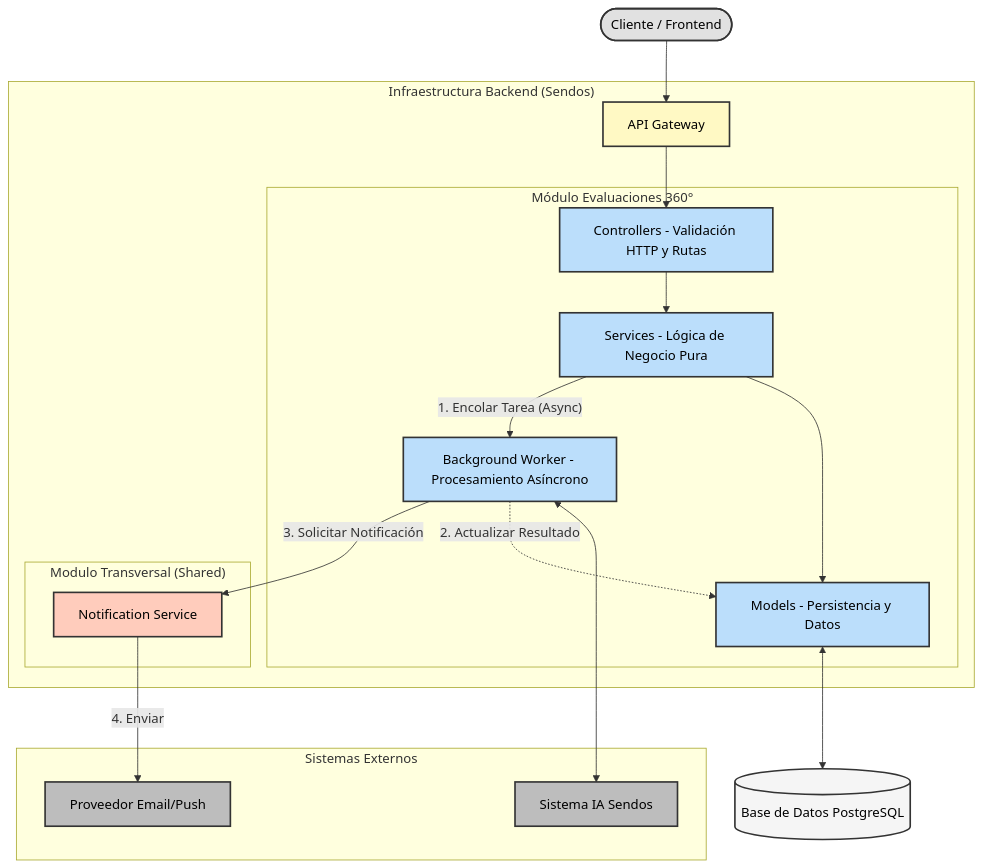
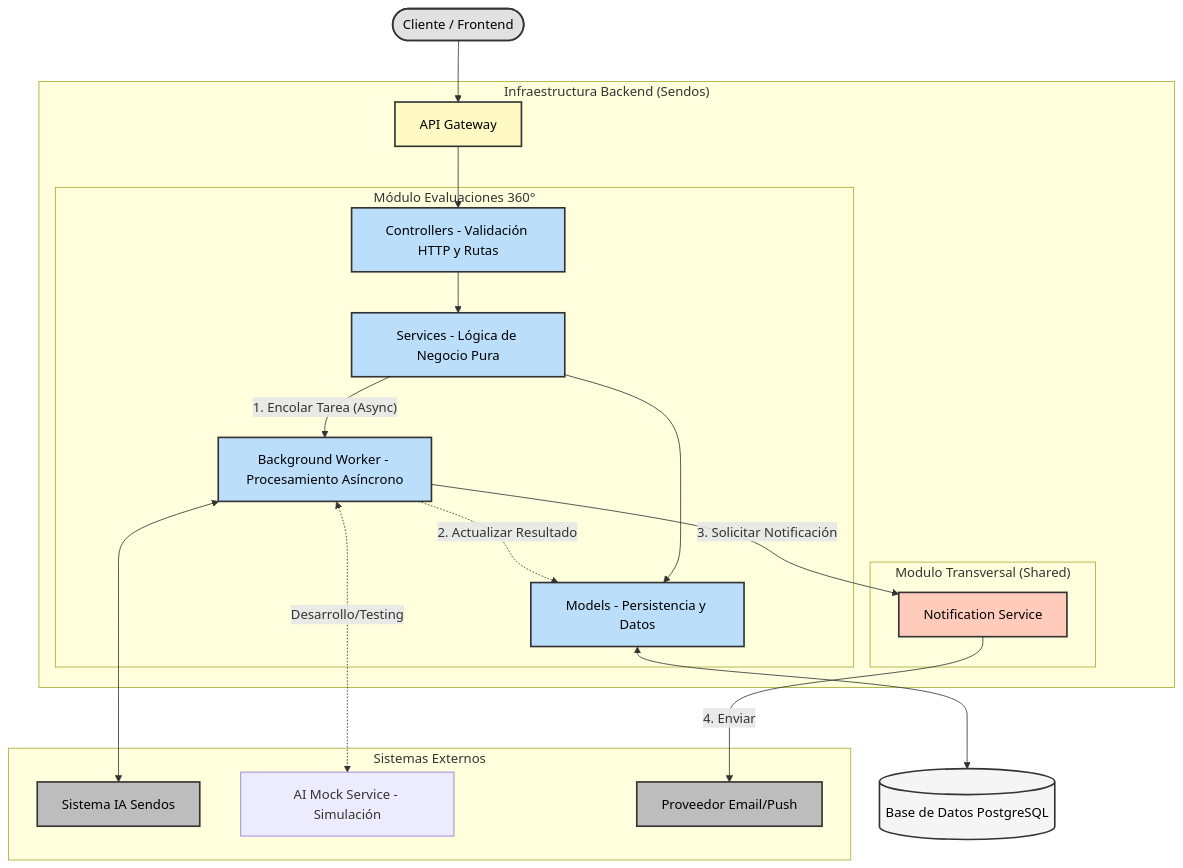
One commit to PanquecaFuriosa/sendos-backend-jr-GabrielaPanqueva changed the first of 4 diagrams in career-paths-api/ARCHITECTURE.md. Above: the diagram before and after it, drawn with Mermaid. The commit also changed other lines of this file and 11 other files, not shown here.

````diff
--- a/career-paths-api/ARCHITECTURE.md
+++ b/career-paths-api/ARCHITECTURE.md
@@ -4,61 +4,63 @@
 ```mermaid
 graph TD  
     classDef client fill:#e1e1e1,stroke:#333,stroke-width:2px,color:#000;
     classDef gateway fill:#fff9c4,stroke:#333,stroke-width:2px,color:#000;
     classDef domain fill:#bbdefb,stroke:#333,stroke-width:2px,color:#000;
     classDef shared fill:#ffccbc,stroke:#333,stroke-width:2px,color:#000;
     classDef db fill:#f5f5f5,stroke:#333,stroke-width:2px,color:#000;
     classDef ext fill:#bdbdbd,stroke:#333,stroke-width:2px,color:#000;
 
     %% --- NODOS Y ESTRUCTURA ---
     Client([Cliente / Frontend])
     
     subgraph SendosBackend ["Infraestructura Backend (Sendos)"]
         Gateway[API Gateway]
         
         %% MÓDULO PRINCIPAL
        subgraph ModuloCore ["Módulo Evaluaciones 360°"]
             Controller[Controllers - Validación HTTP y Rutas]
             Service[Services - Lógica de Negocio Pura]
             Model[Models - Persistencia y Datos]
             BgTask[Background Worker - Procesamiento Asíncrono]
         end
 
         %% MÓDULO COMPARTIDO
         subgraph ModuloShared ["Modulo Transversal (Shared)"]
             NotifyService[Notification Service]
         end
     end
 
     DB[(Base de Datos PostgreSQL)]
     
     subgraph External ["Sistemas Externos"]
         BlackBoxAI[Sistema IA Sendos]
+        AIModulo[AI Mock Service - Simulación]
         Provider[Proveedor Email/Push]
     end
 
     %% --- RELACIONES ---
     %% Flujos Síncronos
     Client --> Gateway
     Gateway --> Controller
     Controller --> Service
     Service --> Model
     Model <--> DB
 
     %% Flujo Asíncrono de IA
     Service -- "1. Encolar Tarea (Async)" --> BgTask
     BgTask <--> BlackBoxAI
+    BgTask <-. "Desarrollo/Testing" .-> AIModulo
     BgTask -. "2. Actualizar Resultado" .-> Model
     
     %% Flujo de Notificación
     BgTask -- "3. Solicitar Notificación" --> NotifyService
     NotifyService -- "4. Enviar" --> Provider
 
     %% --- ASIGNACIÓN DE ESTILOS ---
     class Client client;
     class Gateway gateway;
     class Controller,Service,Model,BgTask domain;
     class NotifyService shared;
     class DB db;
     class BlackBoxAI,Provider ext;
 ```
````
